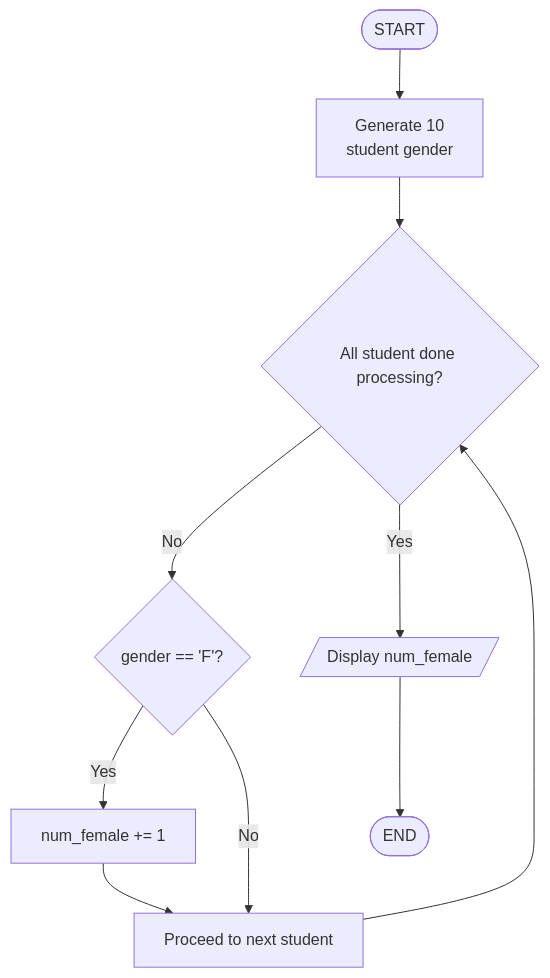
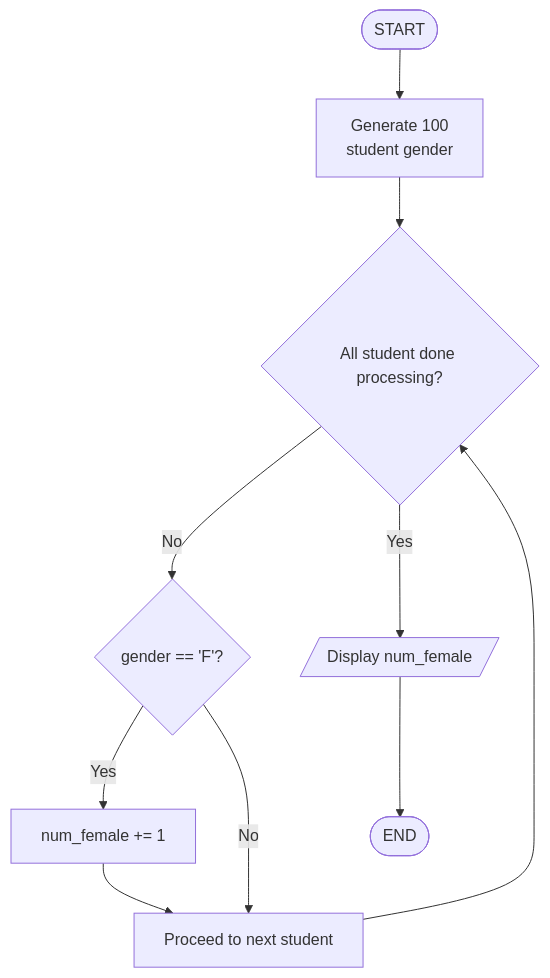
The tenth of 12 diagrams in README.md (Tay25006739/WIX1002_W02_Tutorial_1), drawn with Mermaid before and after one commit. The commit also changed other lines of this file, not shown here.

Commit message:
Rechecked Flow chart

````diff
--- a/README.md
+++ b/README.md
@@ -295,12 +296,12 @@
 ```mermaid
 flowchart TD
-    A([START]) --> B[Generate 10 <br> student gender]
+    A([START]) --> B[Generate 100 <br> student gender]
     B --> C{All student done processing?}
     C --> |No| D{gender == 'F'?}
     D --> |Yes| E[num_female += 1]
     D --> |No| G[Proceed to next student]
     E --> G
     G --> C
     C --> |Yes| F[/Display num_female/]
     F --> H([END])
 ```
````
